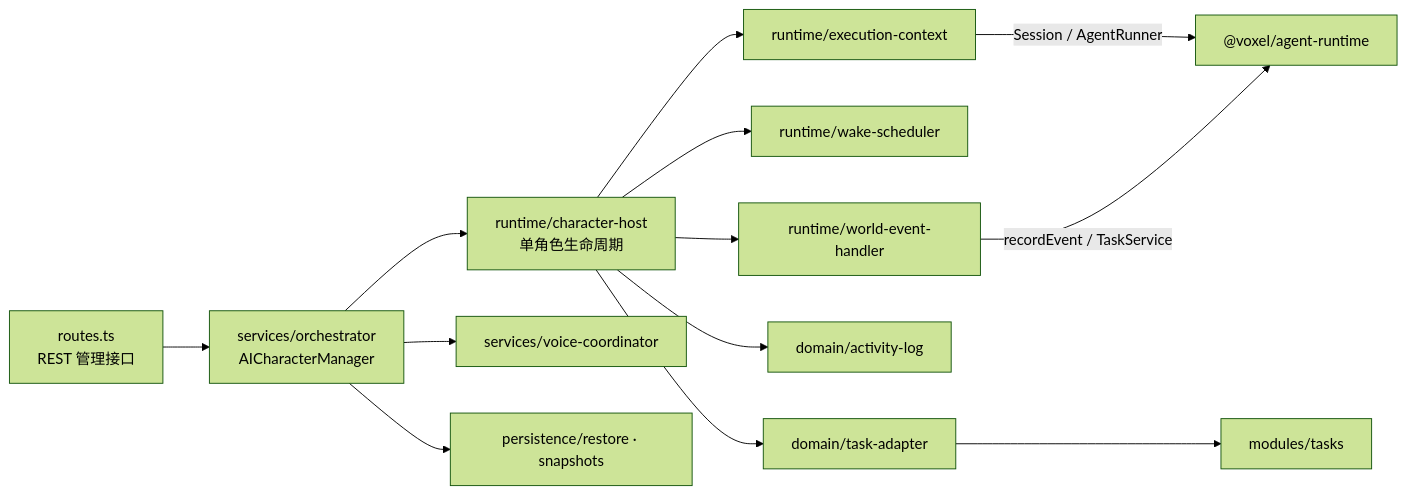
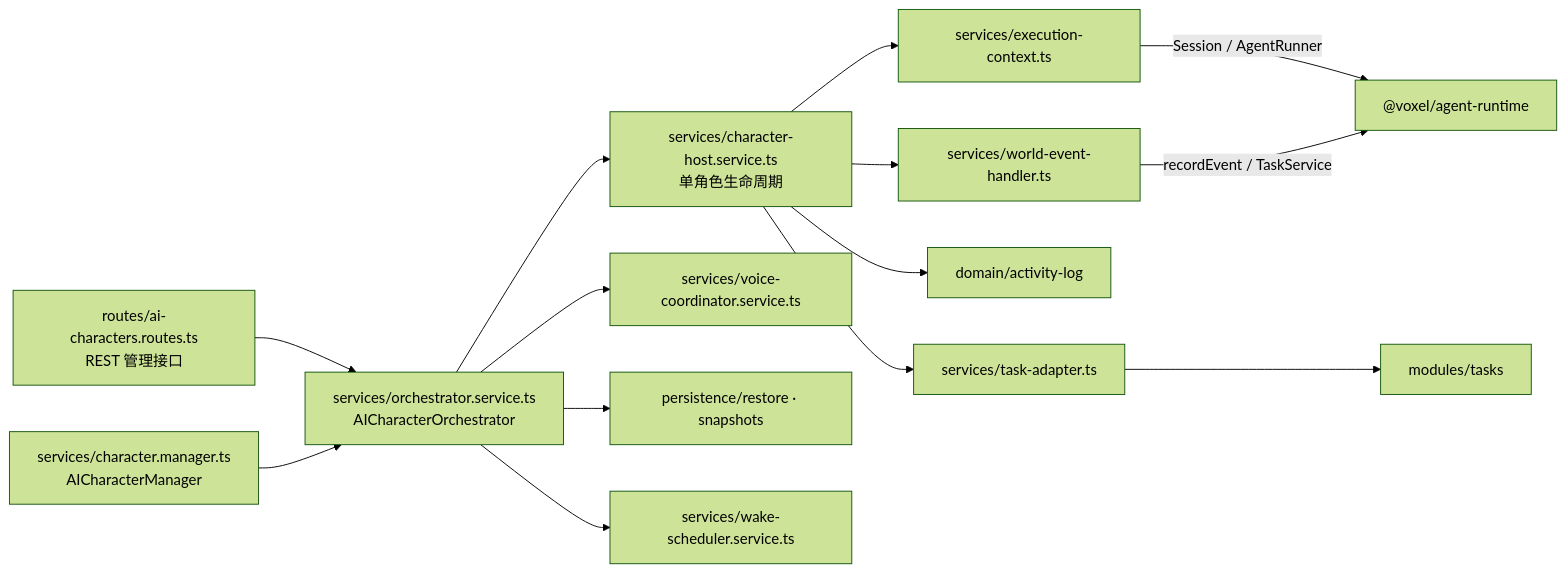
Before and after one commit to lulabs-org/embocraft: the sixth of 14 diagrams in docs/guide/architecture-diagrams.md, drawn with Mermaid (forest theme). The commit also changed other lines of this file and 16 other files, not shown here.

````diff
--- a/docs/guide/architecture-diagrams.md
+++ b/docs/guide/architecture-diagrams.md
@@ -174,15 +174,16 @@
 ```mermaid
 graph LR
-    Routes["routes.ts<br/>REST 管理接口"] --> Orch["services/orchestrator<br/>AICharacterManager"]
-    Orch --> Host["runtime/character-host<br/>单角色生命周期"]
-    Orch --> Voice["services/voice-coordinator"]
+    Routes["routes/ai-characters.routes.ts<br/>REST 管理接口"] --> Orch["services/orchestrator.service.ts<br/>AICharacterOrchestrator"]
+    Manager["services/character.manager.ts<br/>AICharacterManager"] --> Orch
+    Orch --> Host["services/character-host.service.ts<br/>单角色生命周期"]
+    Orch --> Voice["services/voice-coordinator.service.ts"]
     Orch --> Restore["persistence/restore · snapshots"]
-    Host --> Ctx["runtime/execution-context"]
-    Host --> Wake["runtime/wake-scheduler"]
-    Host --> WEH["runtime/world-event-handler"]
+    Host --> Ctx["services/execution-context.ts"]
+    Orch --> Wake["services/wake-scheduler.service.ts"]
+    Host --> WEH["services/world-event-handler.ts"]
     Host --> Log["domain/activity-log"]
-    Host --> TA["domain/task-adapter"]
+    Host --> TA["services/task-adapter.ts"]
     Ctx -->|Session / AgentRunner| RTPkg["@voxel/agent-runtime"]
     WEH -->|recordEvent / TaskService| RTPkg
     TA --> TaskMod["modules/tasks"]
 ```
````
